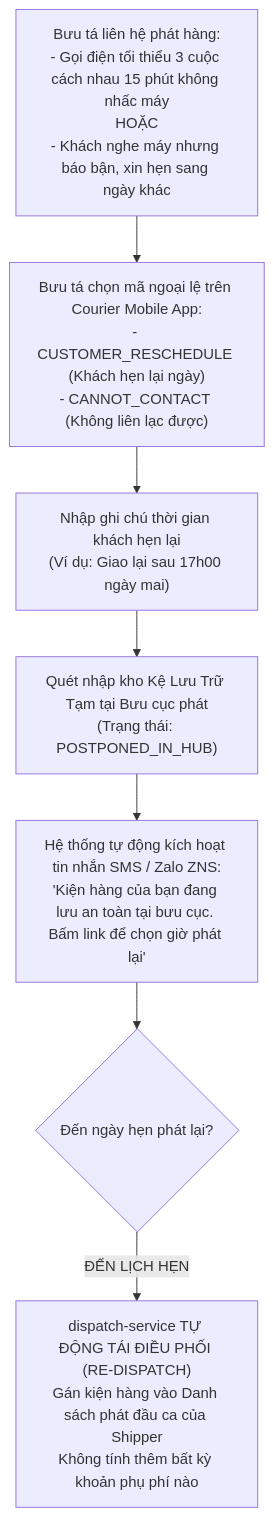
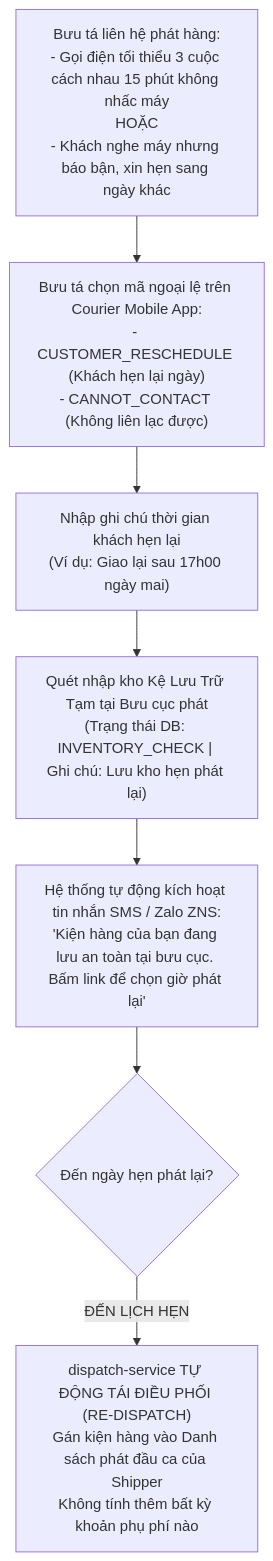
Before and after one commit to VoVanTuTai/logistics-management-system: the tenth of 21 diagrams in README.md, drawn with Mermaid. The commit also changed other lines of this file and 7 other files, not shown here.

````diff
--- a/README.md
+++ b/README.md
@@ -450,12 +538,12 @@
 ```mermaid
 flowchart TD
     ATTEMPT["Bưu tá liên hệ phát hàng:<br/>- Gọi điện tối thiểu 3 cuộc cách nhau 15 phút không nhấc máy<br/>HOẶC<br/>- Khách nghe máy nhưng báo bận, xin hẹn sang ngày khác"] --> SELECT_REASON["Bưu tá chọn mã ngoại lệ trên Courier Mobile App:<br/>- CUSTOMER_RESCHEDULE (Khách hẹn lại ngày)<br/>- CANNOT_CONTACT (Không liên lạc được)"]
 
     SELECT_REASON --> INPUT_TIME["Nhập ghi chú thời gian khách hẹn lại<br/>(Ví dụ: Giao lại sau 17h00 ngày mai)"]
-    INPUT_TIME --> HOLD_SCAN["Quét nhập kho Kệ Lưu Trữ Tạm tại Bưu cục phát<br/>(Trạng thái: POSTPONED_IN_HUB)"]
+    INPUT_TIME --> HOLD_SCAN["Quét nhập kho Kệ Lưu Trữ Tạm tại Bưu cục phát<br/>(Trạng thái DB: INVENTORY_CHECK | Ghi chú: Lưu kho hẹn phát lại)"]
 
     HOLD_SCAN --> AUTO_SMS["Hệ thống tự động kích hoạt tin nhắn SMS / Zalo ZNS:<br/>'Kiện hàng của bạn đang lưu an toàn tại bưu cục. Bấm link để chọn giờ phát lại'"]
 
     AUTO_SMS --> NEXT_DAY{"Đến ngày hẹn phát lại?"}
     NEXT_DAY -- "ĐẾN LỊCH HẸN" --> REDISPATCH["dispatch-service TỰ ĐỘNG TÁI ĐIỀU PHỐI (RE-DISPATCH)<br/>Gán kiện hàng vào Danh sách phát đầu ca của Shipper<br/>Không tính thêm bất kỳ khoản phụ phí nào"]
 ```
````
